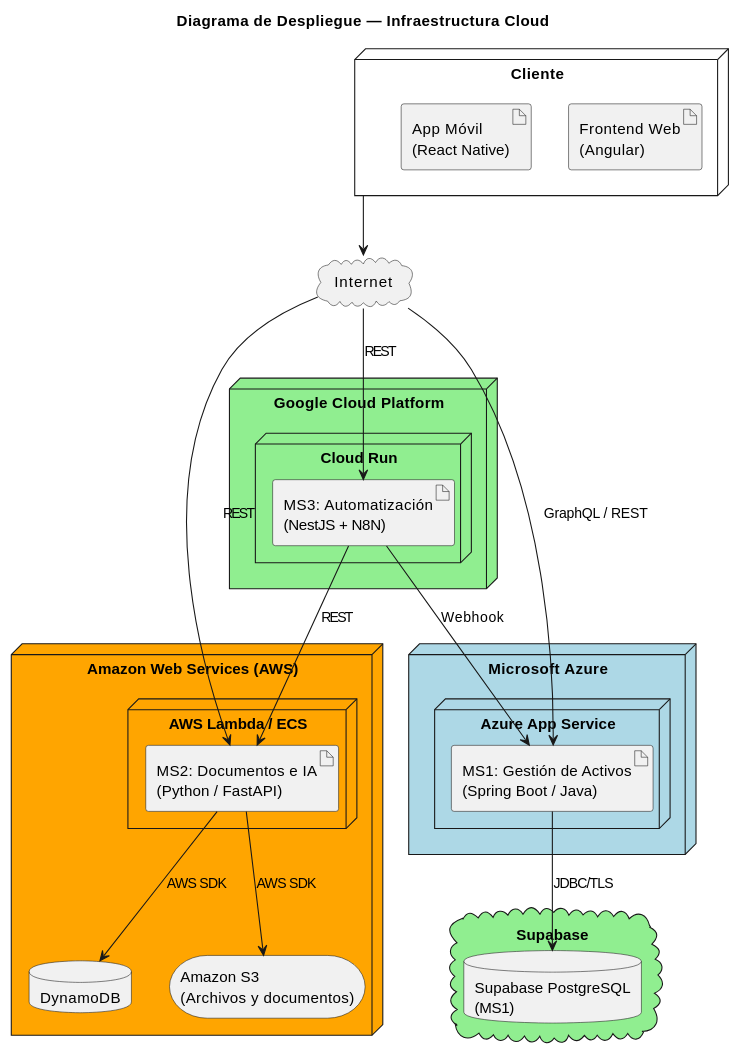
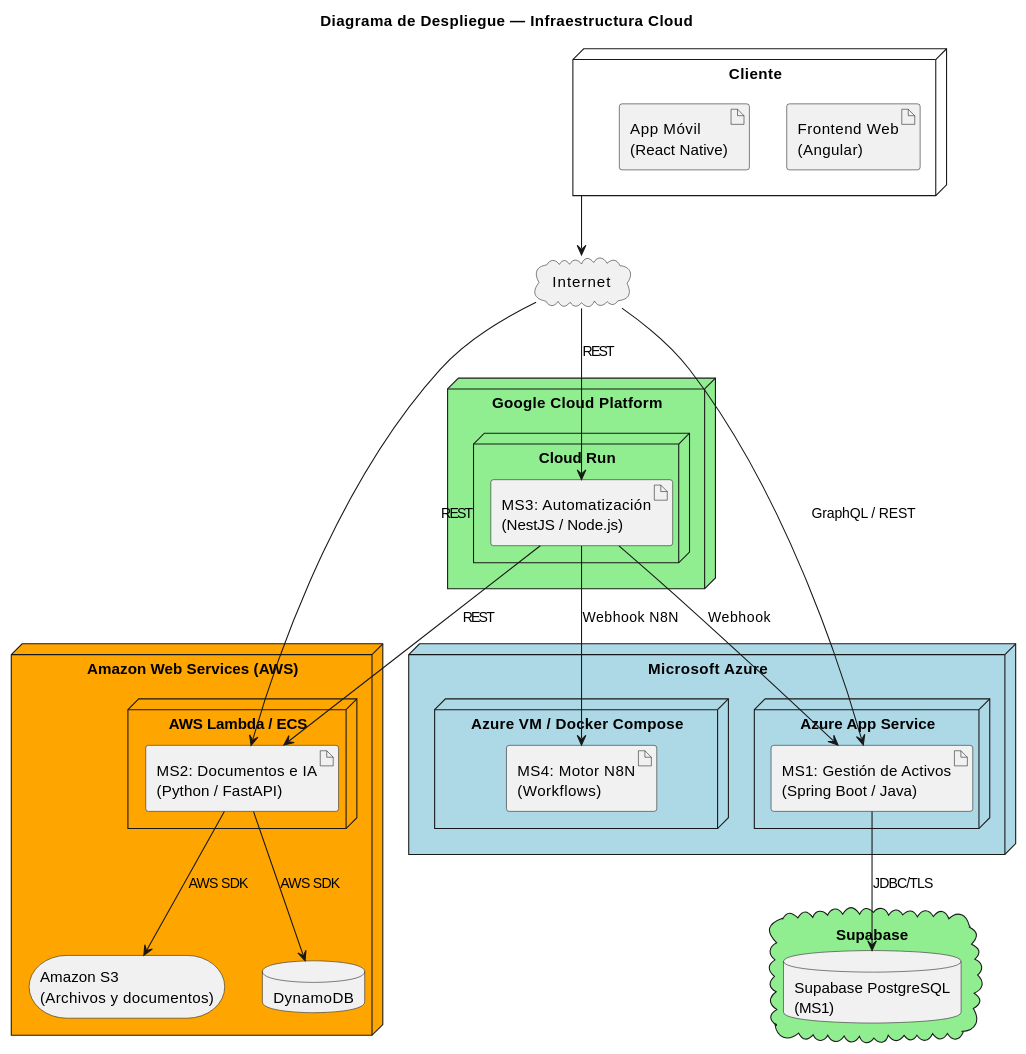
One commit to borysinho/microservicios-activos-fijos changed the third of 7 diagrams in docs/Presentacion - Sistema de Activos Fijos v2.md. Above: the diagram before and after it, drawn with PlantUML. The commit also changed other lines of this file and 23 other files, not shown here.

````diff
--- a/docs/Presentacion - Sistema de Activos Fijos v2.md
+++ b/docs/Presentacion - Sistema de Activos Fijos v2.md
@@ -294,49 +306,53 @@
 ```plantuml
 @startuml Despliegue
 title Diagrama de Despliegue — Infraestructura Cloud
 
 node "Microsoft Azure" as azure #lightblue {
     node "Azure App Service" as app_service {
         artifact "MS1: Gestión de Activos\n(Spring Boot / Java)" as ms1_app
+    }
+    node "Azure VM / Docker Compose" as azure_n8n {
+        artifact "MS4: Motor N8N\n(Workflows)" as ms4_app
     }
 }
 
 cloud "Supabase" as supabase #lightgreen {
     database "Supabase PostgreSQL\n(MS1)" as pg_db
 }
 
 ms1_app --> pg_db : JDBC/TLS
 
 node "Amazon Web Services (AWS)" as aws #orange {
     node "AWS Lambda / ECS" as ecs {
         artifact "MS2: Documentos e IA\n(Python / FastAPI)" as ms2_app
     }
     database "DynamoDB" as dynamo_db
     storage "Amazon S3\n(Archivos y documentos)" as s3_storage
     ms2_app --> dynamo_db : AWS SDK
     ms2_app --> s3_storage : AWS SDK
 }
 
 node "Google Cloud Platform" as gcp #lightgreen {
     node "Cloud Run" as cloud_run {
-        artifact "MS3: Automatización\n(NestJS + N8N)" as ms3_app
+        artifact "MS3: Automatización\n(NestJS / Node.js)" as ms3_app
     }
 }
 
 node "Cliente" as client {
     artifact "Frontend Web\n(Angular)" as ng_app
     artifact "App Móvil\n(React Native)" as rn_app
 }
 
 cloud "Internet" as internet
 
 client --> internet
 internet --> ms1_app : GraphQL / REST
 internet --> ms2_app : REST
 internet --> ms3_app : REST
 
 ms3_app --> ms1_app : Webhook
 ms3_app --> ms2_app : REST
+ms3_app --> ms4_app : Webhook N8N
 
 @enduml
 ```
````
